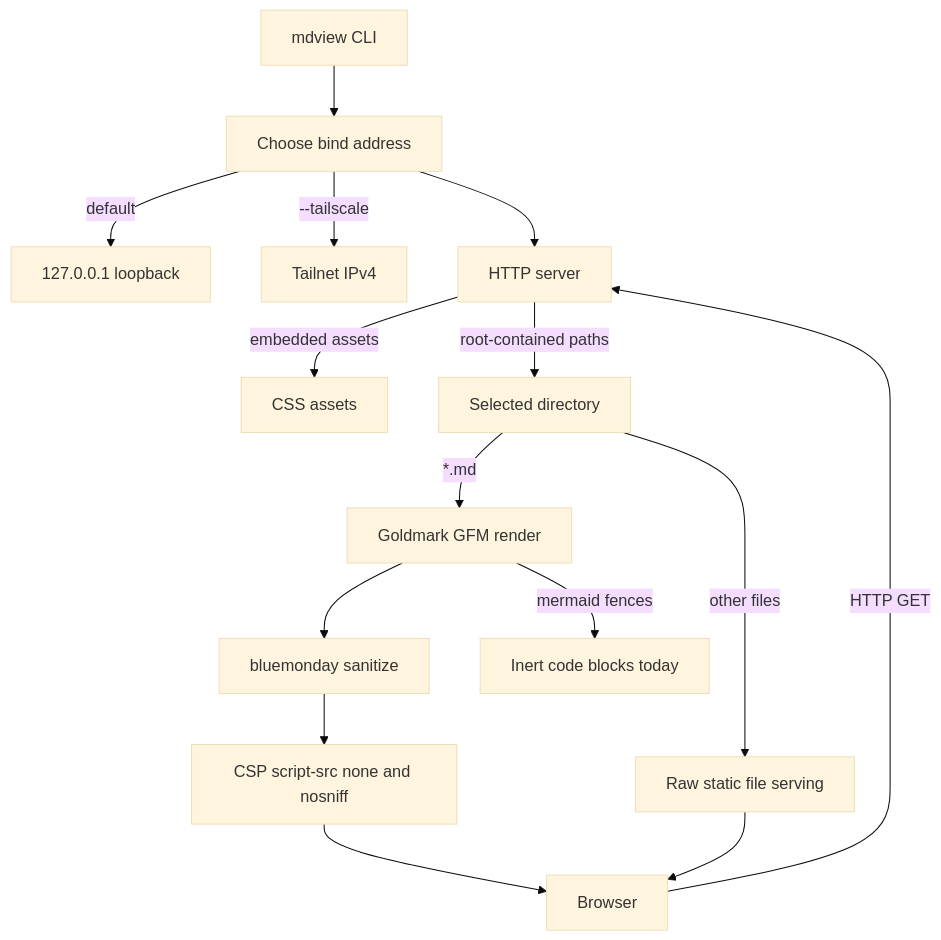
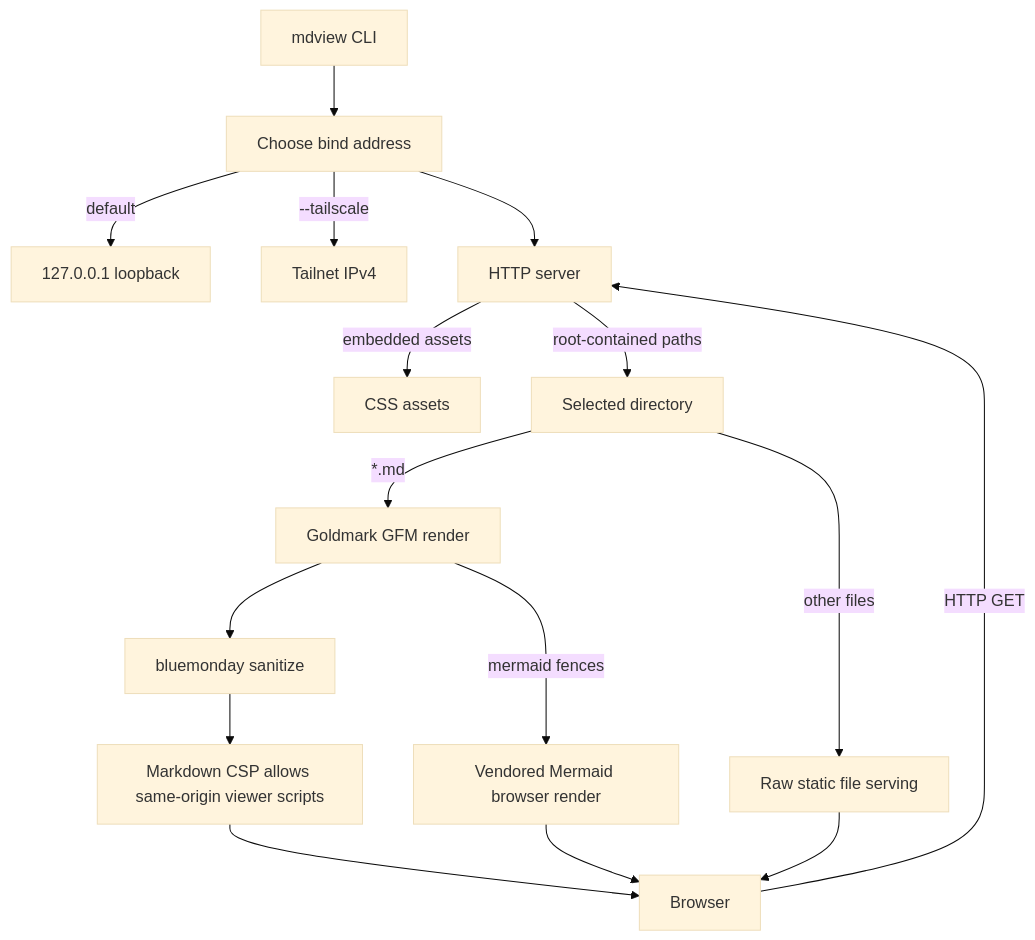
The diagram in README.md (i9wa4/markdown-remote-viewer), drawn with Mermaid (base theme) before and after one commit. The commit also changed other lines of this file and 18 other files, not shown here.

First line of the commit message:
feat(server): render vendored Mermaid diagrams

````diff
--- a/README.md
+++ b/README.md
@@ -15,17 +15,18 @@
 ```mermaid
 flowchart TD
     CLI[mdview CLI] --> Bind[Choose bind address]
     Bind -->|default| Loopback[127.0.0.1 loopback]
     Bind -->|--tailscale| Tailnet[Tailnet IPv4]
     Bind --> Server[HTTP server]
     Browser[Browser] -->|HTTP GET| Server
     Server -->|embedded assets| Assets[CSS assets]
     Server -->|root-contained paths| Root[Selected directory]
     Root -->|*.md| Markdown[Goldmark GFM render]
     Markdown --> Sanitizer[bluemonday sanitize]
-    Sanitizer --> Security[CSP script-src none and nosniff]
+    Sanitizer --> Security[Markdown CSP allows same-origin viewer scripts]
     Security --> Browser
     Root -->|other files| Static[Raw static file serving]
     Static --> Browser
-    Markdown -->|mermaid fences| Inert[Inert code blocks today]
+    Markdown -->|mermaid fences| Mermaid[Vendored Mermaid browser render]
+    Mermaid --> Browser
 ```
````
